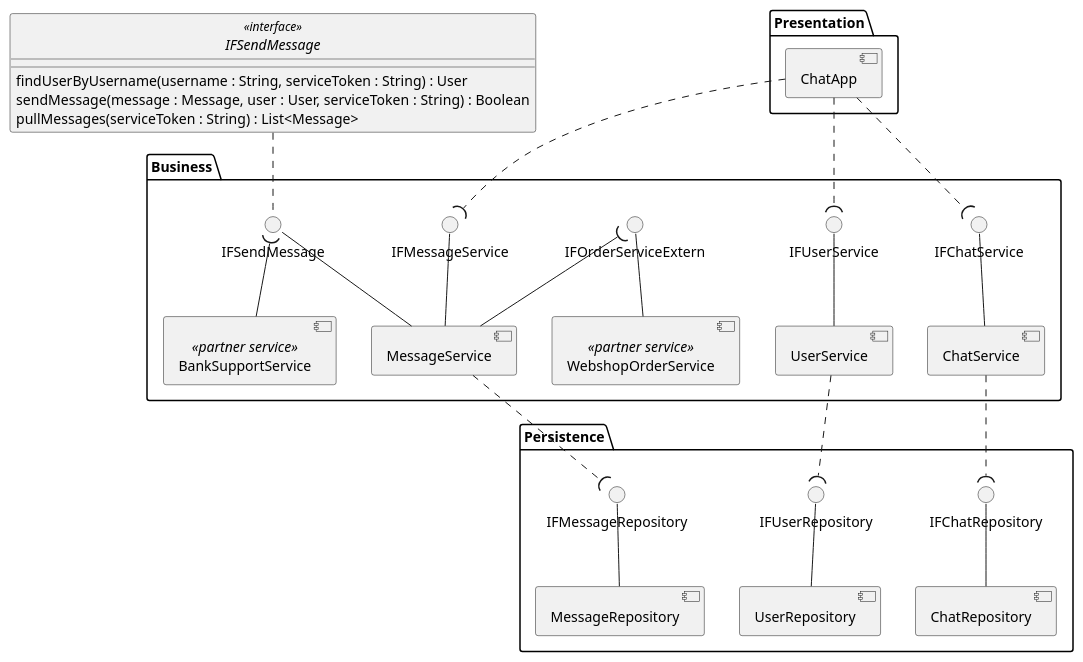
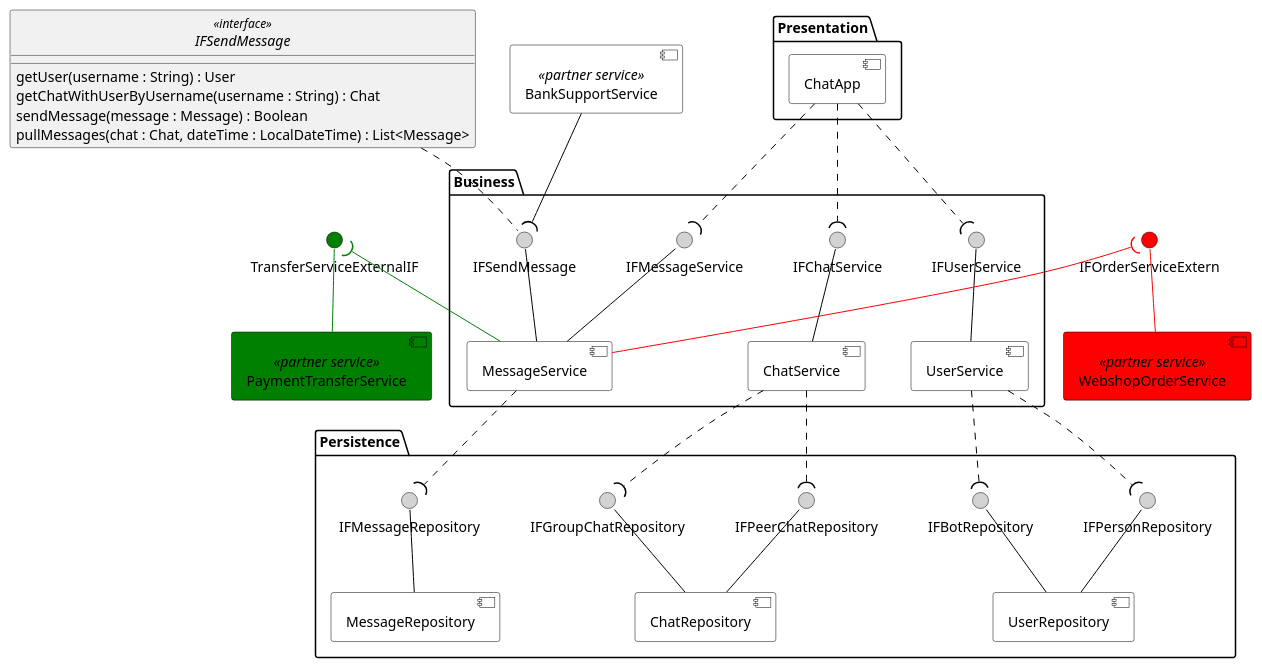
One commit to bbenno/oth-sw changed the diagram in src/doc/uml-component.puml. Above: the diagram before and after it, drawn with PlantUML.

Commit message:
Update UML component diagram

```diff
--- a/src/doc/uml-component.puml
+++ b/src/doc/uml-component.puml
@@ -1,63 +1,92 @@
 @startuml chat-component
 allow_mixing
-skinparam monochrome true
 hide circle
+
+skinparam component {
+    BorderColor black
+    BackgroundColor white
+    ArrowColor black
+}
+
+skinparam interface {
+    BorderColor black
+    BackgroundColor lightgray
+}
+
 ' Presentation Layer
 package "Presentation" {
     component ChatApp
 }
 
-' Busines (Logic) Layer
+' Business (Logic) Layer
 package "Business" {
     component UserService
     component ChatService
     component MessageService
     () IFUserService
     () IFChatService
     () IFMessageService
-    () "IFSendMessage" as IFSendMessageLolli
     UserService    -up- IFUserService
     ChatService    -up- IFChatService
     MessageService -up- IFMessageService
+
+    ' Provided interface
+    () "IFSendMessage" as IFSendMessageLolli
     MessageService -up- IFSendMessageLolli
+}
 
-    component WebshopOrderService <<partner service>>
-    () IFOrderServiceExtern
-    WebshopOrderService -up- IFOrderServiceExtern
-    MessageService -up-( IFOrderServiceExtern
+' Partner service Webshop (initially planed to use)
+component WebshopOrderService <<partner service>> #red
+() IFOrderServiceExtern #red
+WebshopOrderService -up- IFOrderServiceExtern #red
+MessageService      -up-( IFOrderServiceExtern #red
 
-    component BankSupportService <<partner service>>
-    BankSupportService -up-( IFSendMessageLolli
-}
+' Partner service payment
+component PaymentTransferService <<partner service>> #green
+() TransferServiceExternalIF #green
+PaymentTransferService -up- TransferServiceExternalIF #green
+MessageService         -up-( TransferServiceExternalIF #green
+
+' Partner service bank
+component BankSupportService <<partner service>>
+BankSupportService --( IFSendMessageLolli
 
 ' Persistence Layer
 package "Persistence" {
     component UserRepository
     component ChatRepository
     component MessageRepository
-    () IFUserRepository
-    () IFChatRepository
+    () IFPersonRepository
+    () IFBotRepository
+    () IFPeerChatRepository
+    () IFGroupChatRepository
     () IFMessageRepository
-    UserRepository    -up- IFUserRepository
-    ChatRepository    -up- IFChatRepository
+    UserRepository    -up- IFPersonRepository
+    UserRepository    -up- IFBotRepository
+    ChatRepository    -up- IFPeerChatRepository
+    ChatRepository    -up- IFGroupChatRepository
     MessageRepository -up- IFMessageRepository
 }
 
 interface IFSendMessage <<interface>> {
-    findUserByUsername(username : String, serviceToken : String) : User
-    sendMessage(message : Message, user : User, serviceToken : String) : Boolean
-    pullMessages(serviceToken : String) : List<Message>
+    getUser(username : String) : User
+    getChatWithUserByUsername(username : String) : Chat
+    sendMessage(message : Message) : Boolean
+    pullMessages(chat : Chat, dateTime : LocalDateTime) : List<Message>
 }
 
 IFSendMessageLolli .up. IFSendMessage
 
-' Connect presentation layer to busines layer
+' Connect presentation layer to business layer
 ChatApp .down.( IFUserService
 ChatApp .down.( IFChatService
 ChatApp .down.( IFMessageService
 
 ' Connect business layer to persistence layer
-UserService .down.( IFUserRepository
-ChatService .down.( IFChatRepository
+UserService .down.( IFPersonRepository
+UserService .down.( IFBotRepository
+ChatService .down.( IFPeerChatRepository
+ChatService .down.( IFGroupChatRepository
 MessageService .down.( IFMessageRepository
+
 @enduml
```
